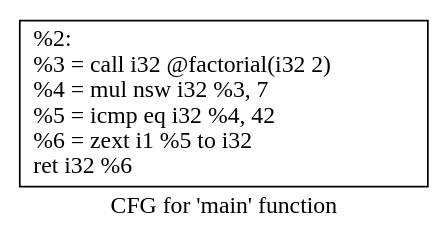
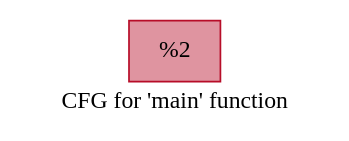
One commit to courses-at-nju-by-hfwei/learning-llvm changed the diagram in 10-llvm/factorial/factorial2/.main.dot. Above: the diagram before and after it, drawn with Graphviz. The commit also changed 72 other files, not shown here.

```diff
--- a/10-llvm/factorial/factorial2/.main.dot
+++ b/10-llvm/factorial/factorial2/.main.dot
@@ -1,5 +1,5 @@
 digraph "CFG for 'main' function" {
 	label="CFG for 'main' function";
 
-	Node0x14f43b0 [shape=record,label="{%2:\l  %3 = call i32 @factorial(i32 2)\l  %4 = mul nsw i32 %3, 7\l  %5 = icmp eq i32 %4, 42\l  %6 = zext i1 %5 to i32\l  ret i32 %6\l}"];
+	Node0x268b6e05260 [shape=record,color="#b70d28ff", style=filled, fillcolor="#b70d2870",label="{%2}"];
 }
```
